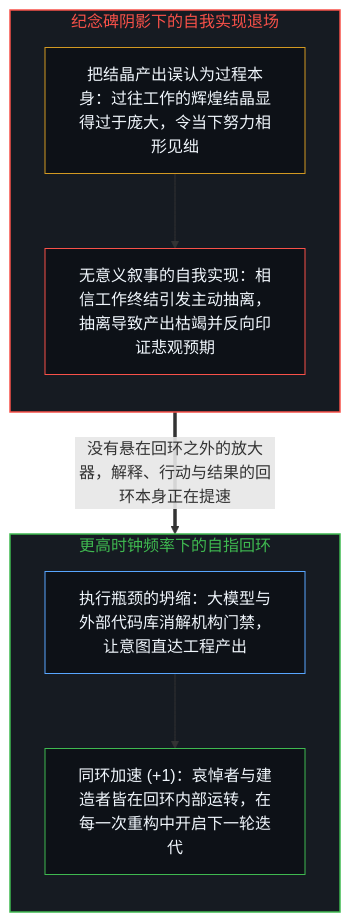
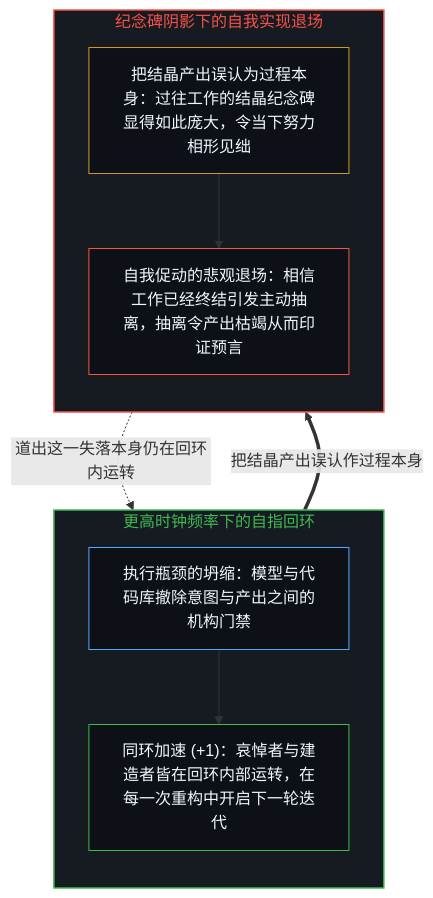
The first of 2 diagrams in content/posts/the-loop-accelerates.md (powerpig99/not-a-toe), drawn with Mermaid before and after one commit. The commit also changed other lines of this file and 7 other files, not shown here.

````diff
--- a/content/posts/the-loop-accelerates.md
+++ b/content/posts/the-loop-accelerates.md
@@ -17,22 +17,23 @@
 ```mermaid
 flowchart TD
-    subgraph S_Mourn["纪念碑阴影下的自我实现退场"]
-        direction TB
-        Monument["把结晶产出误认为过程本身：过往工作的辉煌结晶显得过于庞大，令当下努力相形见绌"]
-        Disengage["无意义叙事的自我实现：相信工作终结引发主动抽离，抽离导致产出枯竭并反向印证悲观预期"]
-        Monument --> Disengage
-    end
     subgraph S_Loop["更高时钟频率下的自指回环"]
         direction TB
-        Collapse["执行瓶颈的坍缩：大模型与外部代码库消解机构门禁，让意图直达工程产出"]
+        Collapse["执行瓶颈的坍缩：模型与代码库撤除意图与产出之间的机构门禁"]
         Spin["同环加速 (+1)：哀悼者与建造者皆在回环内部运转，在每一次重构中开启下一轮迭代"]
         Collapse --> Spin
     end
-    Disengage ==>|"没有悬在回环之外的放大器，解释、行动与结果的回环本身正在提速"| Collapse
+    subgraph S_Mourn["纪念碑阴影下的自我实现退场"]
+        direction TB
+        Monument["把结晶产出误认为过程本身：过往工作的结晶纪念碑显得如此庞大，令当下努力相形见绌"]
+        Disengage["自我促动的悲观退场：相信工作已经终结引发主动抽离，抽离令产出枯竭从而印证预言"]
+        Monument --> Disengage
+    end
+    Spin ==>|"把结晶产出误认作过程本身"| Monument
+    Disengage -.->|"道出这一失落本身仍在回环内运转"| Spin
+    style S_Loop fill:#161b22,stroke:#3fb950,stroke-width:1.5px,color:#3fb950
     style S_Mourn fill:#161b22,stroke:#f85149,stroke-width:1.5px,color:#f85149
-    style S_Loop fill:#161b22,stroke:#3fb950,stroke-width:1.5px,color:#3fb950
+    style Collapse fill:#0d1117,stroke:#58a6ff,stroke-width:1px,color:#f0f6fc
+    style Spin fill:#0d1117,stroke:#3fb950,stroke-width:1px,color:#f0f6fc
     style Monument fill:#0d1117,stroke:#d29922,stroke-width:1px,color:#f0f6fc
     style Disengage fill:#0d1117,stroke:#f85149,stroke-width:1px,color:#f0f6fc
-    style Collapse fill:#0d1117,stroke:#58a6ff,stroke-width:1px,color:#f0f6fc
-    style Spin fill:#0d1117,stroke:#3fb950,stroke-width:1px,color:#f0f6fc
 ```
````
